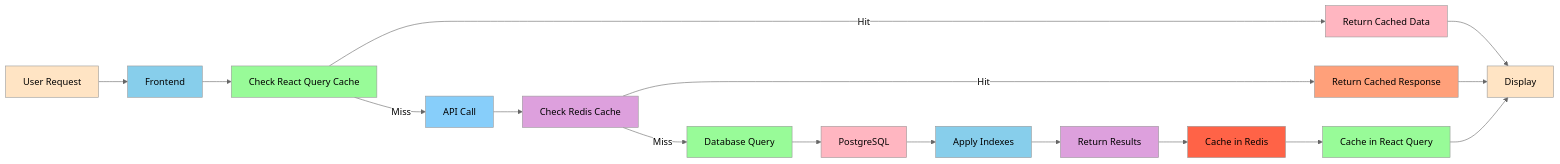
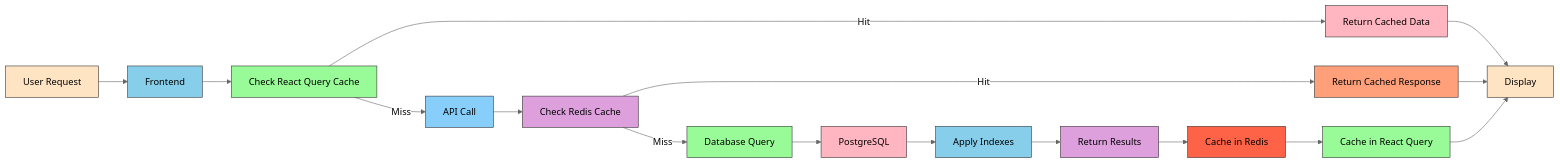
One commit to aryan083/pokedex changed the seventh of 8 diagrams in SOLUTION_SUMMARY.md. Above: the diagram before and after it, drawn with Mermaid (neutral theme). The commit also changed other lines of this file, not shown here.

Commit message:
Add SVG diagrams exported from mermaid charts in SOLUTION_SUMMARY.md

````diff
--- a/SOLUTION_SUMMARY.md
+++ b/SOLUTION_SUMMARY.md
@@ -281,33 +281,33 @@
 ```mermaid
 graph LR
     A[User Request] --> B[Frontend]
     B --> C[Check React Query Cache]
     C -- Hit --> D[Return Cached Data]
     C -- Miss --> E[API Call]
     E --> F[Check Redis Cache]
     F -- Hit --> G[Return Cached Response]
     F -- Miss --> H[Database Query]
     H --> I[PostgreSQL]
     I --> J[Apply Indexes]
     J --> K[Return Results]
     K --> L[Cache in Redis]
     L --> M[Cache in React Query]
     D --> N[Display]
     G --> N
     M --> N
     
-    style A fill:#FFE4C4
-    style B fill:#87CEEB
-    style C fill:#98FB98
-    style D fill:#FFB6C1
-    style E fill:#87CEFA
-    style F fill:#DDA0DD
-    style G fill:#FFA07A
-    style H fill:#98FB98
-    style I fill:#FFB6C1
-    style J fill:#87CEEB
-    style K fill:#DDA0DD
-    style L fill:#FF6347
-    style M fill:#98FB98
-    style N fill:#FFE4C4
+    style A fill:#FFE4C4,stroke:#333,color:#000
+    style B fill:#87CEEB,stroke:#333,color:#000
+    style C fill:#98FB98,stroke:#333,color:#000
+    style D fill:#FFB6C1,stroke:#333,color:#000
+    style E fill:#87CEFA,stroke:#333,color:#000
+    style F fill:#DDA0DD,stroke:#333,color:#000
+    style G fill:#FFA07A,stroke:#333,color:#000
+    style H fill:#98FB98,stroke:#333,color:#000
+    style I fill:#FFB6C1,stroke:#333,color:#000
+    style J fill:#87CEEB,stroke:#333,color:#000
+    style K fill:#DDA0DD,stroke:#333,color:#000
+    style L fill:#FF6347,stroke:#333,color:#000
+    style M fill:#98FB98,stroke:#333,color:#000
+    style N fill:#FFE4C4,stroke:#333,color:#000
 ```
````
